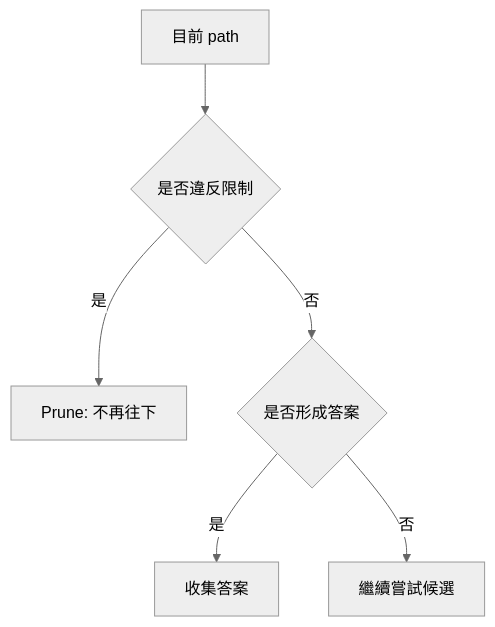
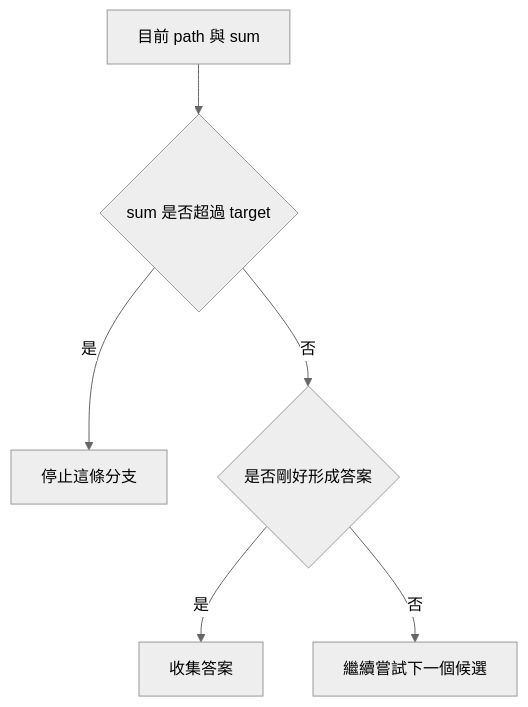
The fifth of 5 diagrams in 05_recursion_backtracking/22_backtracking.md (davidchen0970/algorithm_note), drawn with Mermaid (neutral theme) before and after one commit. The commit also changed other lines of this file and 1 other file, not shown here.

````diff
--- a/05_recursion_backtracking/22_backtracking.md
+++ b/05_recursion_backtracking/22_backtracking.md
@@ -422,8 +736,8 @@
 ```mermaid
 flowchart TD
-    A[目前 path] --> B{是否違反限制}
-    B -->|是| C[Prune: 不再往下]
-    B -->|否| D{是否形成答案}
-    D -->|是| E[收集答案]
-    D -->|否| F[繼續嘗試候選]
+    A["目前 path 與 sum"] --> B{"sum 是否超過 target"}
+    B -->|是| C["停止這條分支"]
+    B -->|否| D{"是否剛好形成答案"}
+    D -->|是| E["收集答案"]
+    D -->|否| F["繼續嘗試下一個候選"]
 ```
````
